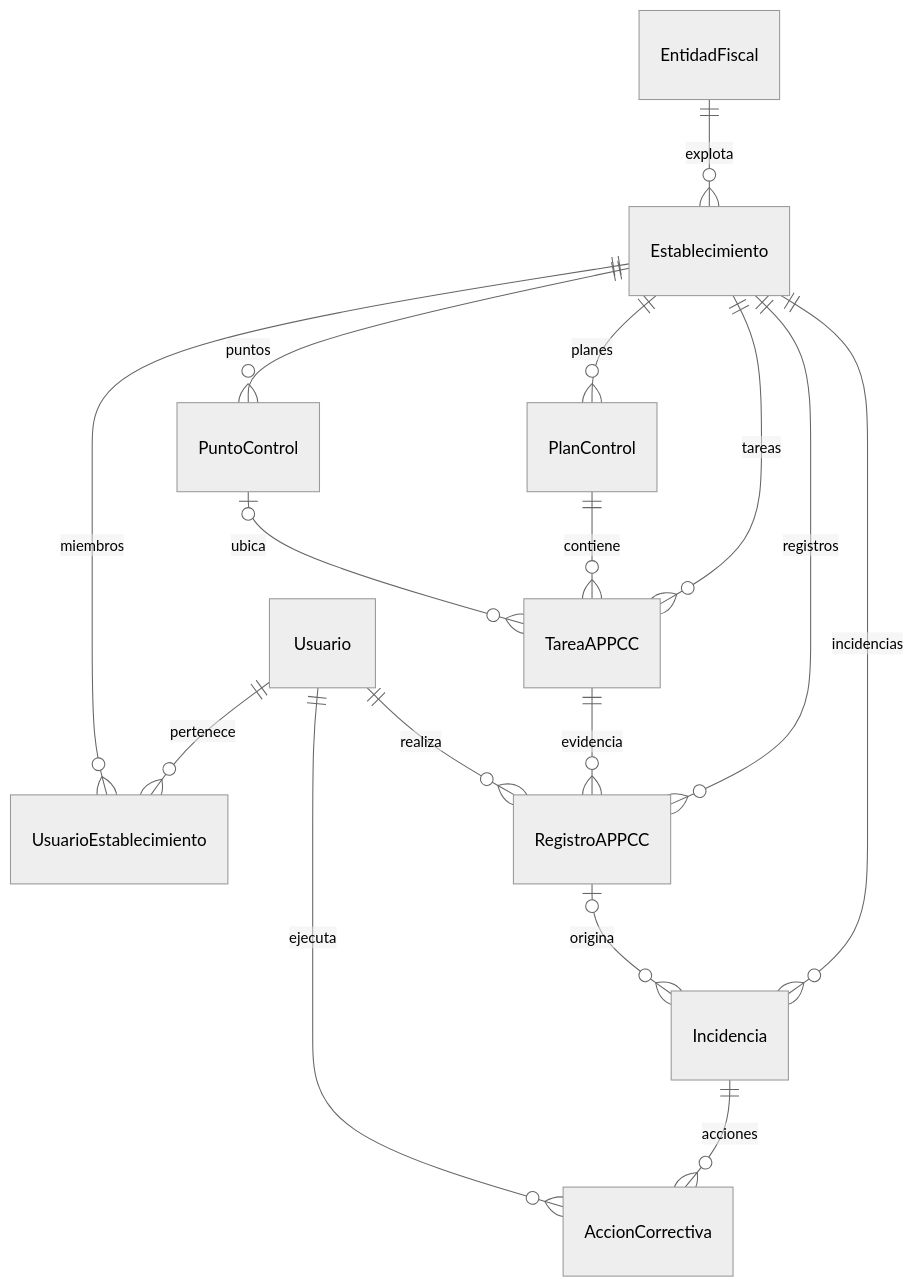
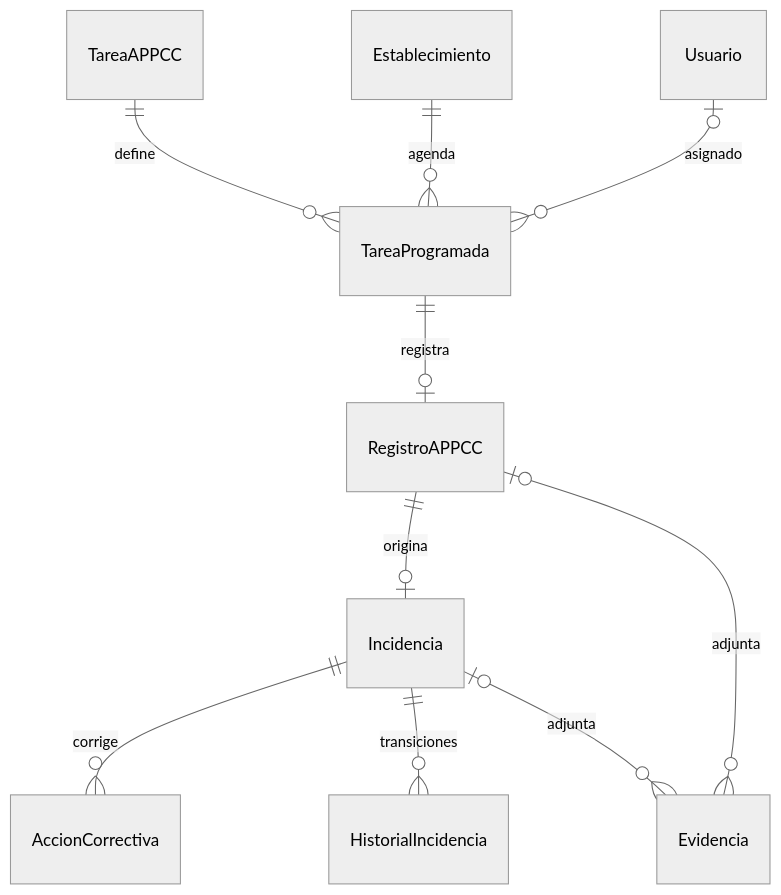
The diagram in backend/docs/modelo-mvp.md (EloyCuesta/APPCCDemoES), drawn with Mermaid (neutral theme) before and after one commit. The commit also changed other lines of this file and 67 other files, not shown here.

````diff
--- a/backend/docs/modelo-mvp.md
+++ b/backend/docs/modelo-mvp.md
@@ -41,18 +15,12 @@
 ```mermaid
 erDiagram
-    EntidadFiscal ||--o{ Establecimiento : explota
-    Usuario ||--o{ UsuarioEstablecimiento : pertenece
-    Establecimiento ||--o{ UsuarioEstablecimiento : miembros
-    Establecimiento ||--o{ PlanControl : planes
-    Establecimiento ||--o{ PuntoControl : puntos
-    Establecimiento ||--o{ TareaAPPCC : tareas
-    PlanControl ||--o{ TareaAPPCC : contiene
-    PuntoControl o|--o{ TareaAPPCC : ubica
-    Establecimiento ||--o{ RegistroAPPCC : registros
-    TareaAPPCC ||--o{ RegistroAPPCC : evidencia
-    Usuario ||--o{ RegistroAPPCC : realiza
-    Establecimiento ||--o{ Incidencia : incidencias
-    RegistroAPPCC o|--o{ Incidencia : origina
-    Incidencia ||--o{ AccionCorrectiva : acciones
-    Usuario ||--o{ AccionCorrectiva : ejecuta
+    TareaAPPCC ||--o{ TareaProgramada : define
+    Establecimiento ||--o{ TareaProgramada : agenda
+    Usuario o|--o{ TareaProgramada : asignado
+    TareaProgramada ||--o| RegistroAPPCC : registra
+    RegistroAPPCC ||--o| Incidencia : origina
+    Incidencia ||--o{ AccionCorrectiva : corrige
+    Incidencia ||--o{ HistorialIncidencia : transiciones
+    RegistroAPPCC o|--o{ Evidencia : adjunta
+    Incidencia o|--o{ Evidencia : adjunta
 ```
````
